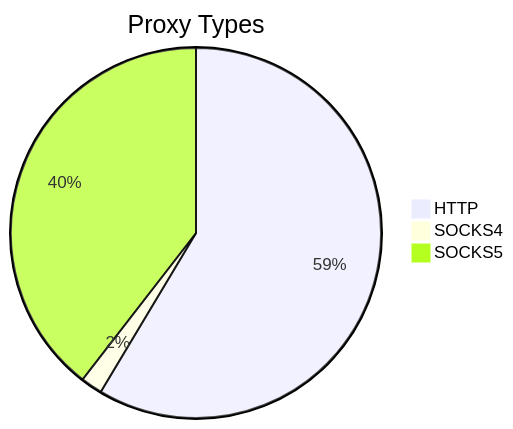
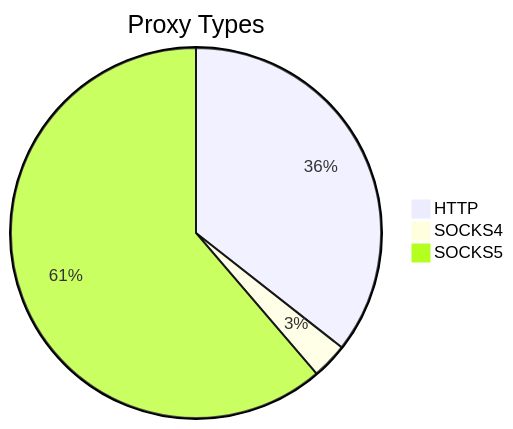
One commit to stormsia/proxy-list changed the first of 2 diagrams in README.md. Above: the diagram before and after it, drawn with Mermaid. The commit also changed other lines of this file, not shown here.

````diff
--- a/README.md
+++ b/README.md
@@ -21,6 +21,6 @@
 ```mermaid
 pie title Proxy Types
-    "HTTP" : 835
-    "SOCKS4" : 27
-    "SOCKS5" : 563
+    "HTTP" : 614
+    "SOCKS4" : 54
+    "SOCKS5" : 1057
 ```
````
